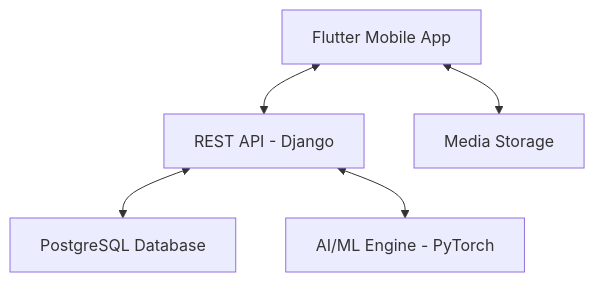
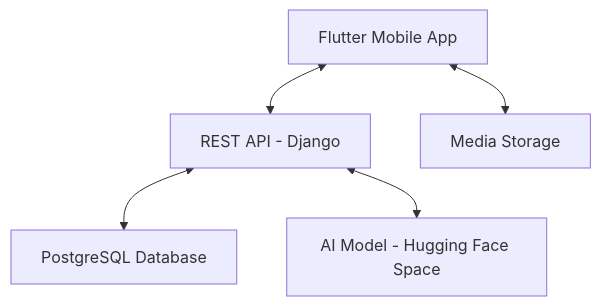
Before and after one commit to avdullvh/Saaf: the diagram in README.md, drawn with Mermaid. The commit also changed other lines of this file and 3 other files, not shown here.

Commit message:
FINAL: update README with HuggingFace model, mobile instructions, and project docs

````diff
--- a/README.md
+++ b/README.md
@@ -27,7 +9,7 @@
 ```mermaid
 graph TD
     A[Flutter Mobile App] <--> B[REST API - Django]
     B <--> C[PostgreSQL Database]
-    B <--> D[AI/ML Engine - PyTorch]
+    B <--> D[AI Model - Hugging Face Space]
     A <--> E[Media Storage]
 ```
````
